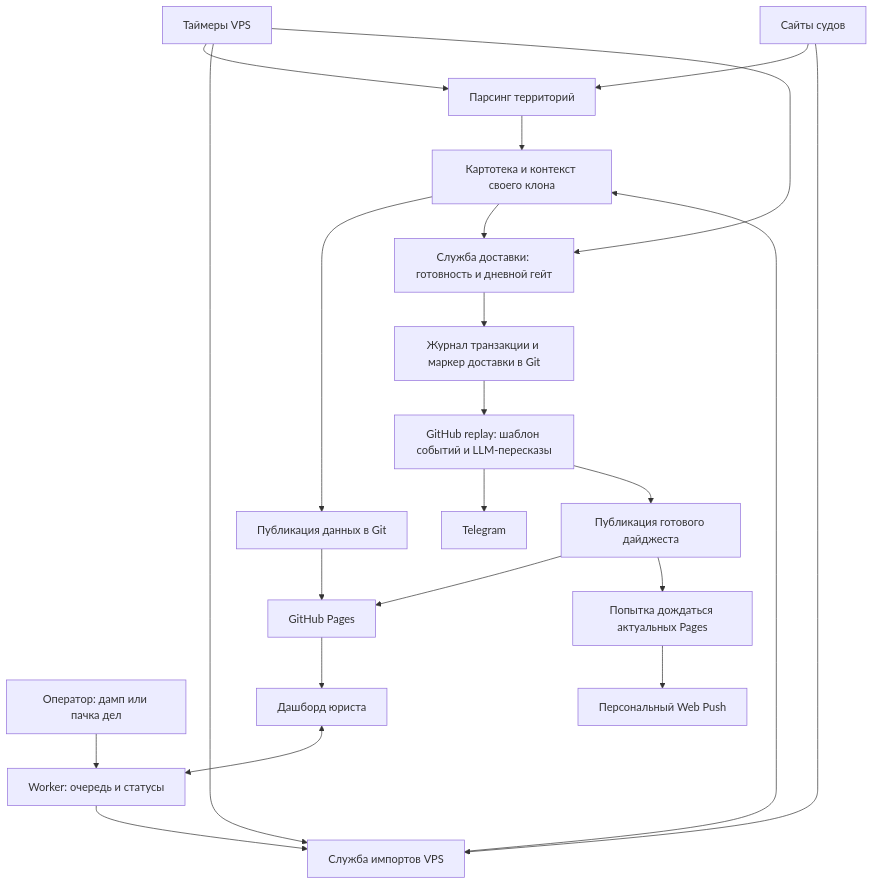
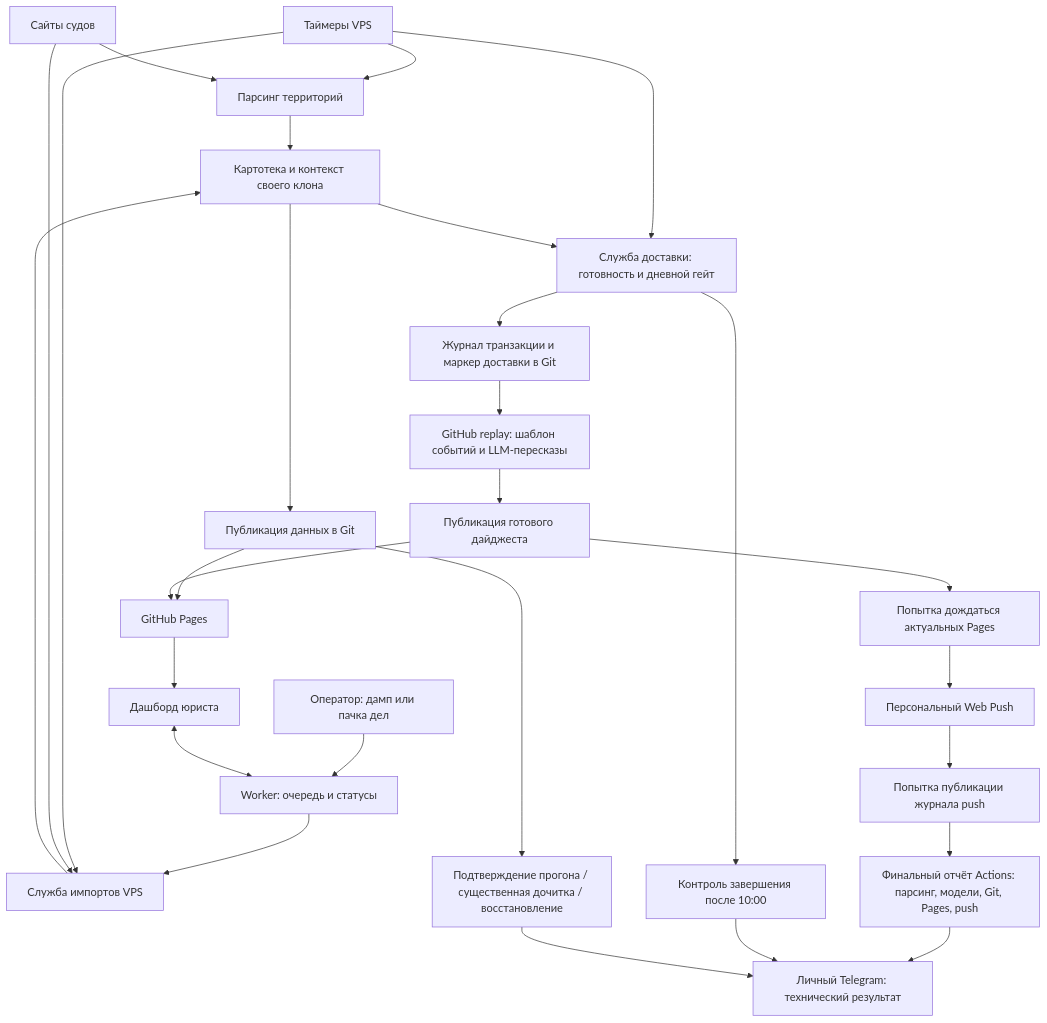
Before and after one commit to SelivanovAS/dashboard: the diagram in docs/technical/01-обзор-и-архитектура.md, drawn with Mermaid. The commit also changed other lines of this file and 33 other files, not shown here.

````diff
--- a/docs/technical/01-обзор-и-архитектура.md
+++ b/docs/technical/01-обзор-и-архитектура.md
@@ -46,24 +48,30 @@
 ```mermaid
 flowchart TD
     TIMER["Таймеры VPS"] --> PARSE["Парсинг территорий"]
     OP["Оператор: дамп или пачка дел"] --> WORKER["Worker: очередь и статусы"]
     WORKER --> IMPORT["Служба импортов VPS"]
     TIMER --> IMPORT
     COURTS["Сайты судов"] --> PARSE
     COURTS --> IMPORT
     PARSE --> DATA["Картотека и контекст своего клона"]
     IMPORT --> DATA
     DATA --> PUBLISH["Публикация данных в Git"]
     TIMER --> DELIVERY["Служба доставки: готовность и дневной гейт"]
     DATA --> DELIVERY
     DELIVERY --> MARKER["Журнал транзакции и маркер доставки в Git"]
     MARKER --> REPLAY["GitHub replay: шаблон событий и LLM-пересказы"]
-    REPLAY --> TG["Telegram"]
     REPLAY --> RESULT["Публикация готового дайджеста"]
     PUBLISH --> PAGES["GitHub Pages"]
     RESULT --> PAGES
     RESULT --> WAIT["Попытка дождаться актуальных Pages"]
     WAIT --> PUSH["Персональный Web Push"]
+    PUSH --> JOURNAL["Попытка публикации журнала push"]
+    JOURNAL --> REPORT["Финальный отчёт Actions: парсинг, модели, Git, Pages, push"]
+    REPORT --> TG["Личный Telegram: технический результат"]
+    DELIVERY --> WATCH["Контроль завершения после 10:00"]
+    PUBLISH --> OPS["Подтверждение прогона / существенная дочитка / восстановление"]
+    WATCH --> TG
+    OPS --> TG
     PAGES --> DASH["Дашборд юриста"]
     DASH <--> WORKER
 ```
````
